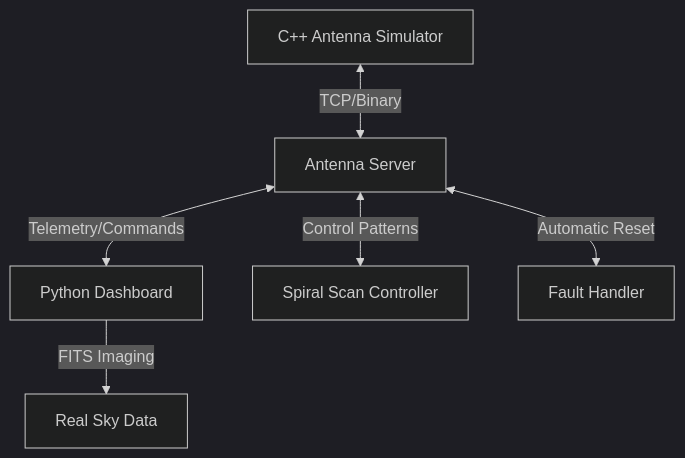
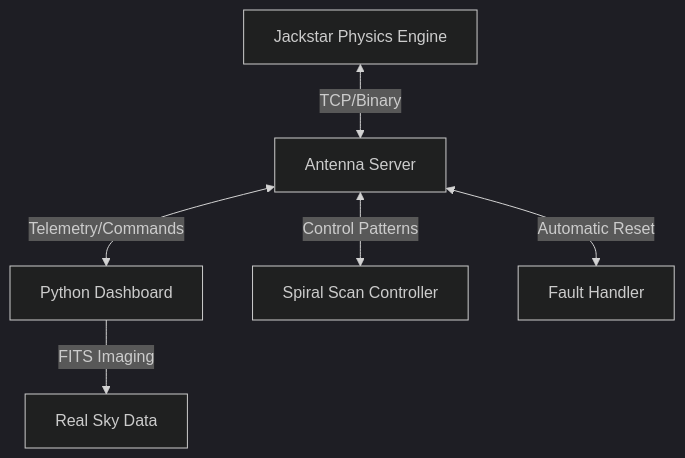
The diagram in README.md (JackStar6677-1/AstroControlSim), drawn with Mermaid (dark theme) before and after one commit. The commit also changed other lines of this file and 21 other files, not shown here.

````diff
--- a/README.md
+++ b/README.md
@@ -15,8 +16,8 @@
 ```mermaid
 graph TD
-    A[C++ Antenna Simulator] <-->|TCP/Binary| B[Antenna Server]
+    A[Jackstar Physics Engine] <-->|TCP/Binary| B[Antenna Server]
     B <-->|Telemetry/Commands| C[Python Dashboard]
     B <-->|Control Patterns| D[Spiral Scan Controller]
     B <-->|Automatic Reset| E[Fault Handler]
     C -->|FITS Imaging| F[Real Sky Data]
 ```
````
